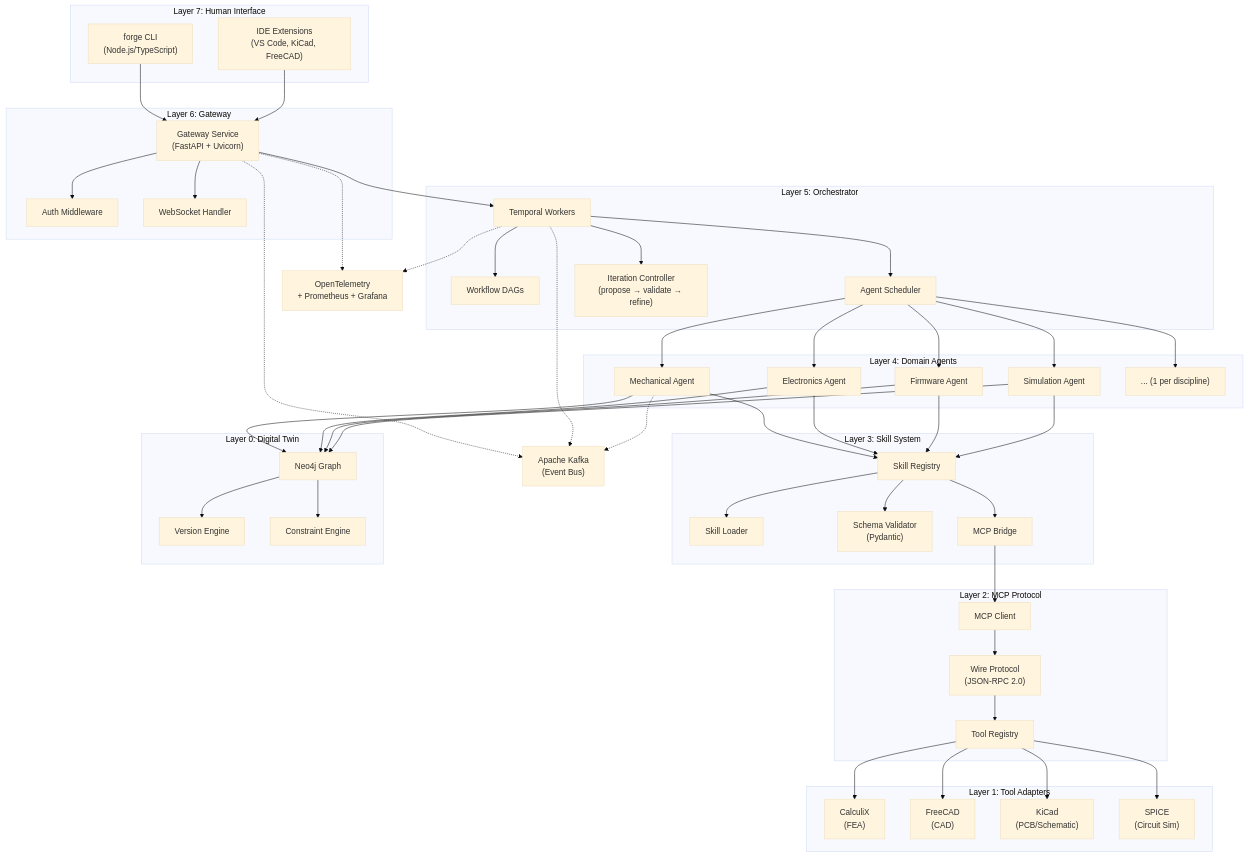
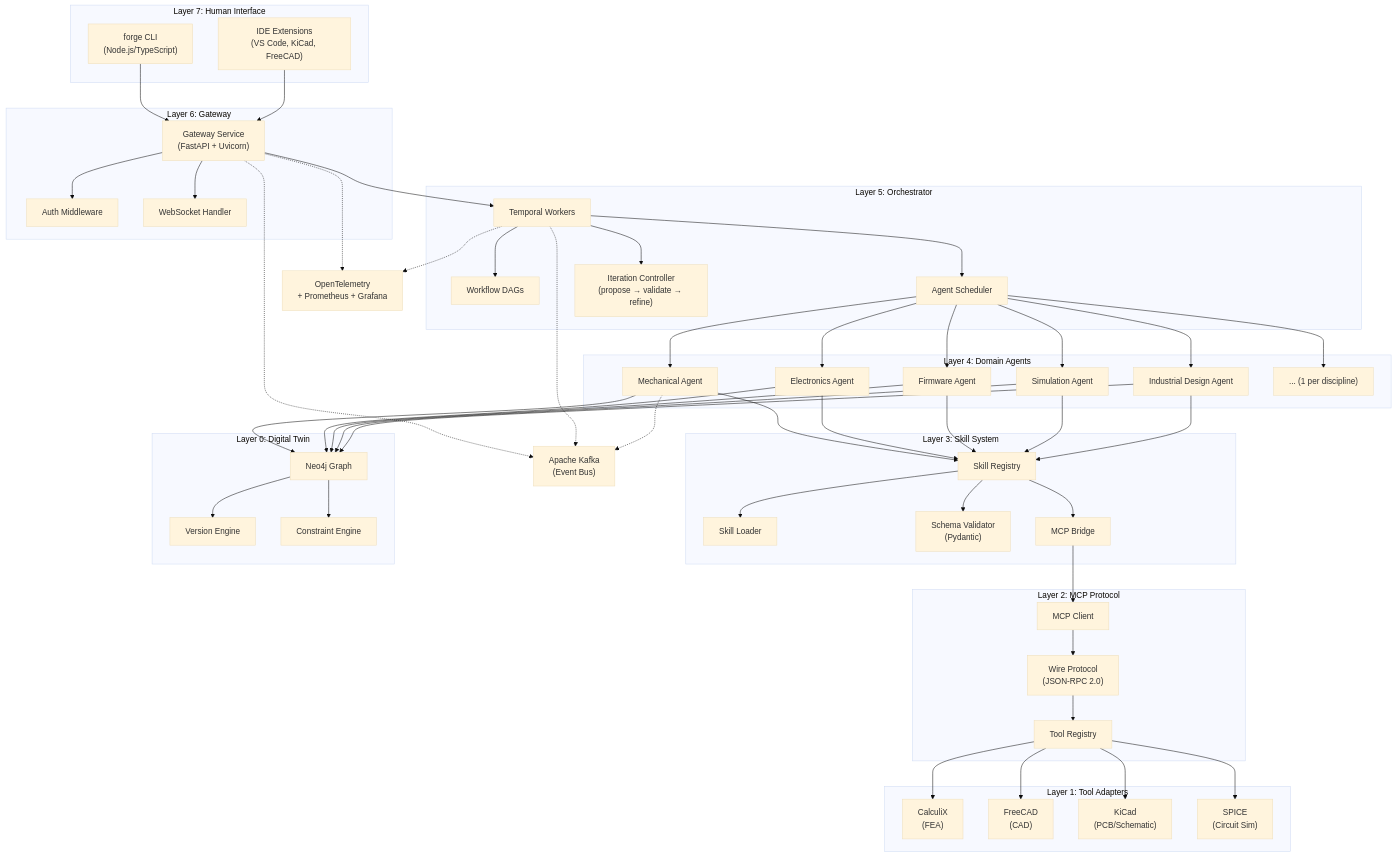
One commit to FidelOdok/MetaForge changed the first of 2 diagrams in docs/architecture.md. Above: the diagram before and after it, drawn with Mermaid (base theme). The commit also changed other lines of this file and 49 other files, not shown here.

```diff
--- a/docs/architecture.md
+++ b/docs/architecture.md
@@ -1032,6 +1032,7 @@
         ELEC["Electronics Agent"]
         FW["Firmware Agent"]
         SIM["Simulation Agent"]
+        ID["Industrial Design Agent"]
         MORE["... (1 per discipline)"]
     end
 
@@ -1072,8 +1073,8 @@
     TEMP --> DAG
     TEMP --> SCHED
     TEMP --> ITER
-    SCHED --> MECH & ELEC & FW & SIM & MORE
-    MECH & ELEC & FW & SIM --> REG
+    SCHED --> MECH & ELEC & FW & SIM & ID & MORE
+    MECH & ELEC & FW & SIM & ID --> REG
     REG --> LOAD
     REG --> SCHEMA
     REG --> BRIDGE
@@ -1081,7 +1082,7 @@
     CLIENT --> PROTO
     PROTO --> TREG
     TREG --> CALC & FCAD & KICAD & SPICE
-    MECH & ELEC & FW & SIM --> NEO
+    MECH & ELEC & FW & SIM & ID --> NEO
     NEO --> VER
     NEO --> CONST
     GW -.-> KAFKA
```
